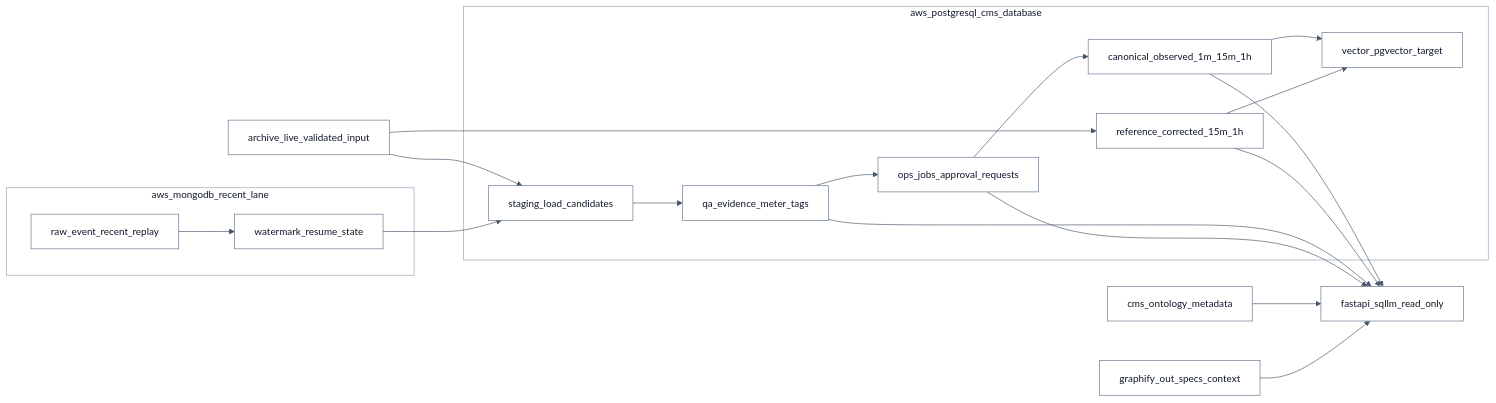
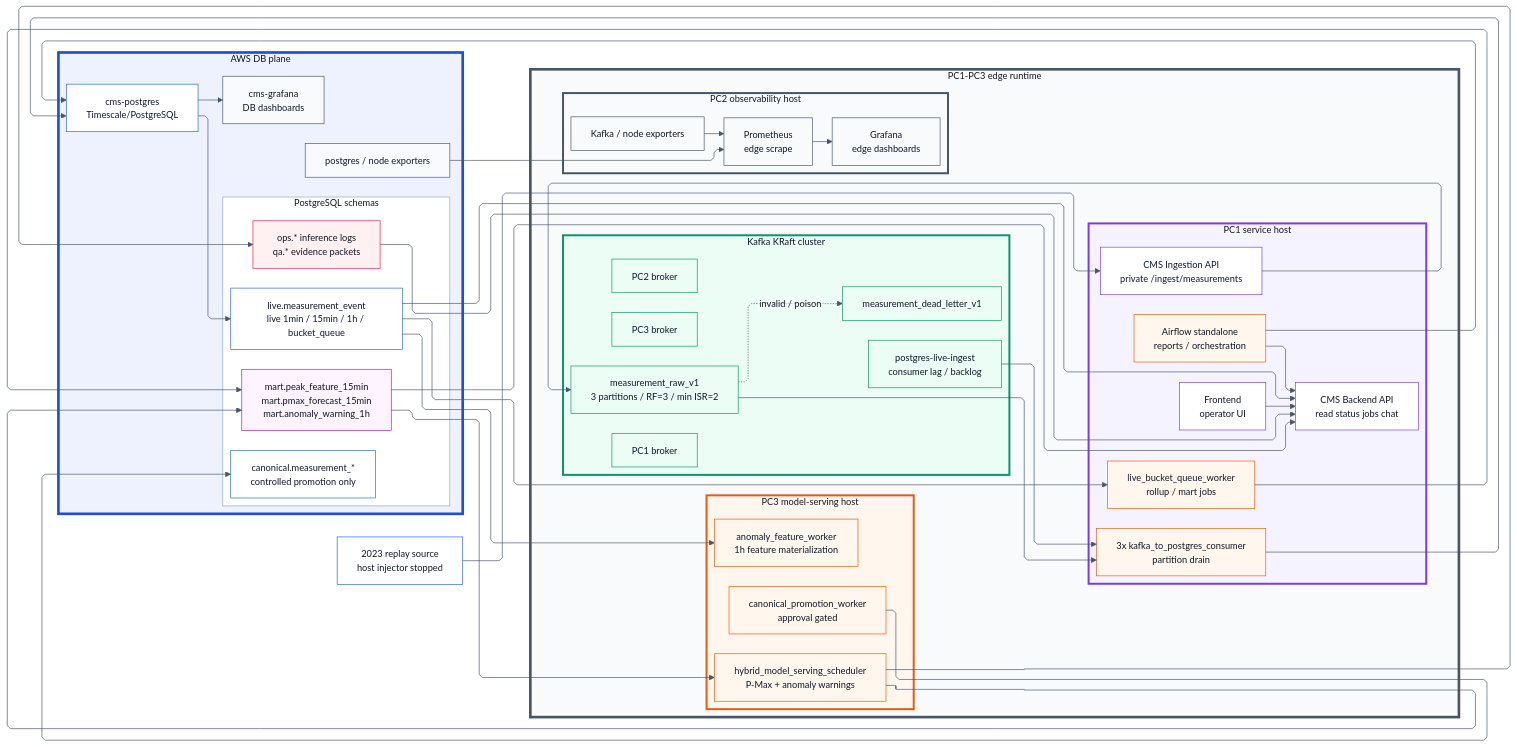
Before and after one commit to SKNETWORKS-FAMILY-AICAMP/SKN25-FINAL-4Team: the diagram in docs/specs/diagrams/flow_02_data_platform_pipeline.mmd, drawn with Mermaid. The commit also changed 296 other files, not shown here.

Commit message:
chore: prepare cms runtime staging branch

```diff
--- a/docs/specs/diagrams/flow_02_data_platform_pipeline.mmd
+++ b/docs/specs/diagrams/flow_02_data_platform_pipeline.mmd
@@ -1,30 +1,116 @@
-%%{init: {"theme": "base", "flowchart": {"htmlLabels": false, "curve": "basis", "nodeSpacing": 60, "rankSpacing": 75}, "themeVariables": {"background": "#ffffff", "mainBkg": "#ffffff", "primaryColor": "#f8fafc", "primaryBorderColor": "#64748b", "primaryTextColor": "#0f172a", "secondaryColor": "#f1f5f9", "secondaryBorderColor": "#94a3b8", "secondaryTextColor": "#0f172a", "tertiaryColor": "#ffffff", "tertiaryBorderColor": "#cbd5e1", "tertiaryTextColor": "#0f172a", "clusterBkg": "#ffffff", "clusterBorder": "#94a3b8", "edgeLabelBackground": "#ffffff", "lineColor": "#475569", "fontFamily": "Arial, sans-serif", "fontSize": "15px"}} }%%
+%%{init: {"theme": "base", "layout": "elk", "flowchart": {"htmlLabels": false, "curve": "linear", "nodeSpacing": 40, "rankSpacing": 58}, "themeVariables": {"background": "#ffffff", "mainBkg": "#ffffff", "primaryColor": "#ffffff", "primaryBorderColor": "#475569", "primaryTextColor": "#0f172a", "secondaryColor": "#f8fafc", "secondaryBorderColor": "#94a3b8", "secondaryTextColor": "#0f172a", "tertiaryColor": "#ffffff", "tertiaryBorderColor": "#cbd5e1", "tertiaryTextColor": "#0f172a", "clusterBkg": "#ffffff", "clusterBorder": "#94a3b8", "edgeLabelBackground": "#ffffff", "lineColor": "#475569", "fontFamily": "Arial, sans-serif", "fontSize": "14px"}} }%%
 flowchart LR
-    SRC["archive_live_validated_input"]
-    subgraph PG["aws_postgresql_cms_database"]
-      STG["staging_load_candidates"]
-      REF["reference_corrected_15m_1h"]
-      CAN["canonical_observed_1m_15m_1h"]
-      QA["qa_evidence_meter_tags"]
-      OPS["ops_jobs_approval_requests"]
-      VEC["vector_pgvector_target"]
+    subgraph EDGE["PC1-PC3 edge runtime"]
+      subgraph PC1["PC1 service host"]
+        ING_API["CMS Ingestion API
+private /ingest/measurements"]
+        BE_API["CMS Backend API
+read status jobs chat"]
+        FRONT["Frontend
+operator UI"]
+        CONS["3x kafka_to_postgres_consumer
+partition drain"]
+        BUCKET["live_bucket_queue_worker
+rollup / mart jobs"]
+        AIR["Airflow standalone
+reports / orchestration"]
+      end
+      subgraph KCLUSTER["Kafka KRaft cluster"]
+        K1["PC1 broker"]
+        K2["PC2 broker"]
+        K3["PC3 broker"]
+        TOPIC["measurement_raw_v1
+3 partitions / RF=3 / min ISR=2"]
+        DLQ["measurement_dead_letter_v1"]
+        LAG["postgres-live-ingest
+consumer lag / backlog"]
+      end
+      subgraph PC2["PC2 observability host"]
+        PROM["Prometheus
+edge scrape"]
+        GRAF_EDGE["Grafana
+edge dashboards"]
+        EXP["Kafka / node exporters"]
+      end
+      subgraph PC3["PC3 model-serving host"]
+        CANW["canonical_promotion_worker
+approval gated"]
+        ANOF["anomaly_feature_worker
+1h feature materialization"]
+        SERVE["hybrid_model_serving_scheduler
+P-Max + anomaly warnings"]
+      end
     end
-    subgraph MG["aws_mongodb_recent_lane"]
-      RAW["raw_event_recent_replay"]
-      WM["watermark_resume_state"]
+
+    subgraph AWS["AWS DB plane"]
+      PG["cms-postgres
+Timescale/PostgreSQL"]
+      AWS_GRAF["cms-grafana
+DB dashboards"]
+      PGEXP["postgres / node exporters"]
+      subgraph SCHEMAS["PostgreSQL schemas"]
+        LIVE["live.measurement_event
+live 1min / 15min / 1h / bucket_queue"]
+        MART["mart.peak_feature_15min
+mart.pmax_forecast_15min
+mart.anomaly_warning_1h"]
+        OPSQA["ops.* inference logs
+qa.* evidence packets"]
+        CANON["canonical.measurement_*
+controlled promotion only"]
+      end
     end
-    ONT["cms_ontology_metadata"]
-    GF["graphify_out_specs_context"]
-    APP["fastapi_sqllm_read_only"]
-    SRC --> STG --> QA
-    SRC --> REF
-    RAW --> WM --> STG
-    QA --> OPS --> CAN
-    CAN --> APP
-    REF --> APP
-    QA --> APP
-    OPS --> APP
-    CAN --> VEC
-    REF --> VEC
-    ONT --> APP
-    GF --> APP
+
+    SOURCE["2023 replay source
+host injector stopped"] --> ING_API
+    ING_API --> TOPIC
+    TOPIC --> CONS
+    TOPIC -. invalid / poison .-> DLQ
+    LAG --> CONS
+    CONS --> PG
+    PG --> LIVE
+    LIVE --> BUCKET
+    BUCKET --> MART
+    LIVE --> ANOF
+    MART --> SERVE
+    SERVE --> MART
+    SERVE --> OPSQA
+    OPSQA --> BE_API
+    LIVE --> BE_API
+    MART --> BE_API
+    CANW --> CANON
+    PG --> AWS_GRAF
+    EXP --> PROM
+    PGEXP --> PROM
+    PROM --> GRAF_EDGE
+    FRONT --> BE_API
+    AIR --> BE_API
+    AIR --> PG
+
+
+    classDef source fill:#ffffff,stroke:#2563eb,color:#0f172a,stroke-width:1px;
+    classDef api fill:#ffffff,stroke:#7c3aed,color:#0f172a,stroke-width:1px;
+    classDef kafka fill:#ecfdf5,stroke:#059669,color:#0f172a,stroke-width:1px;
+    classDef worker fill:#fff7ed,stroke:#ea580c,color:#0f172a,stroke-width:1px;
+    classDef db fill:#ffffff,stroke:#2563eb,color:#0f172a,stroke-width:1px;
+    classDef qa fill:#fff1f2,stroke:#e11d48,color:#0f172a,stroke-width:1px;
+    classDef mart fill:#fdf4ff,stroke:#a21caf,color:#0f172a,stroke-width:1px;
+    classDef obs fill:#f8fafc,stroke:#475569,color:#0f172a,stroke-width:1px;
+    classDef approval fill:#fefce8,stroke:#ca8a04,color:#0f172a,stroke-width:1px;
+    classDef hub fill:#ffffff,stroke:#334155,color:#0f172a,stroke-width:2px;
+
+    class SOURCE source;
+    class ING_API,BE_API,FRONT api;
+    class K1,K2,K3,TOPIC,DLQ,LAG kafka;
+    class CONS,BUCKET,AIR,CANW,ANOF,SERVE worker;
+    class PG,LIVE,CANON db;
+    class MART mart;
+    class OPSQA qa;
+    class PROM,GRAF_EDGE,EXP,AWS_GRAF,PGEXP obs;
+    style EDGE fill:#f8fafc,stroke:#475569,stroke-width:4px
+    style PC1 fill:#f5f3ff,stroke:#7c3aed,stroke-width:3px
+    style KCLUSTER fill:#ecfdf5,stroke:#059669,stroke-width:3px
+    style PC2 fill:#f8fafc,stroke:#475569,stroke-width:3px
+    style PC3 fill:#fff7ed,stroke:#ea580c,stroke-width:3px
+    style AWS fill:#eef2ff,stroke:#1d4ed8,stroke-width:4px
+    style SCHEMAS fill:#ffffff,stroke:#94a3b8,stroke-width:1px
```
